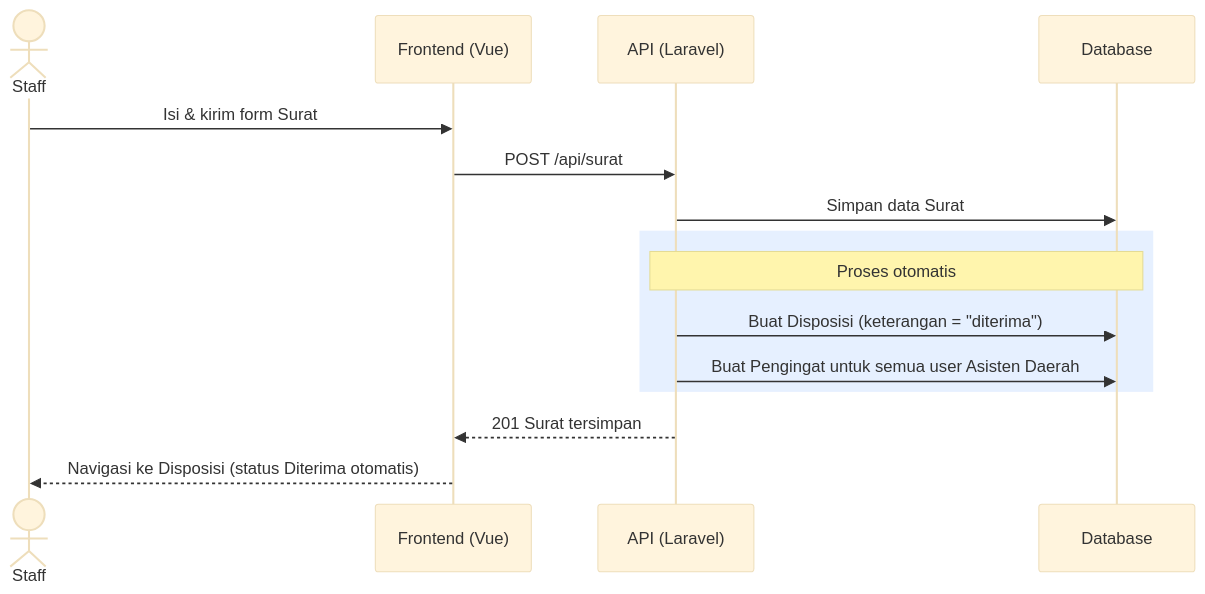
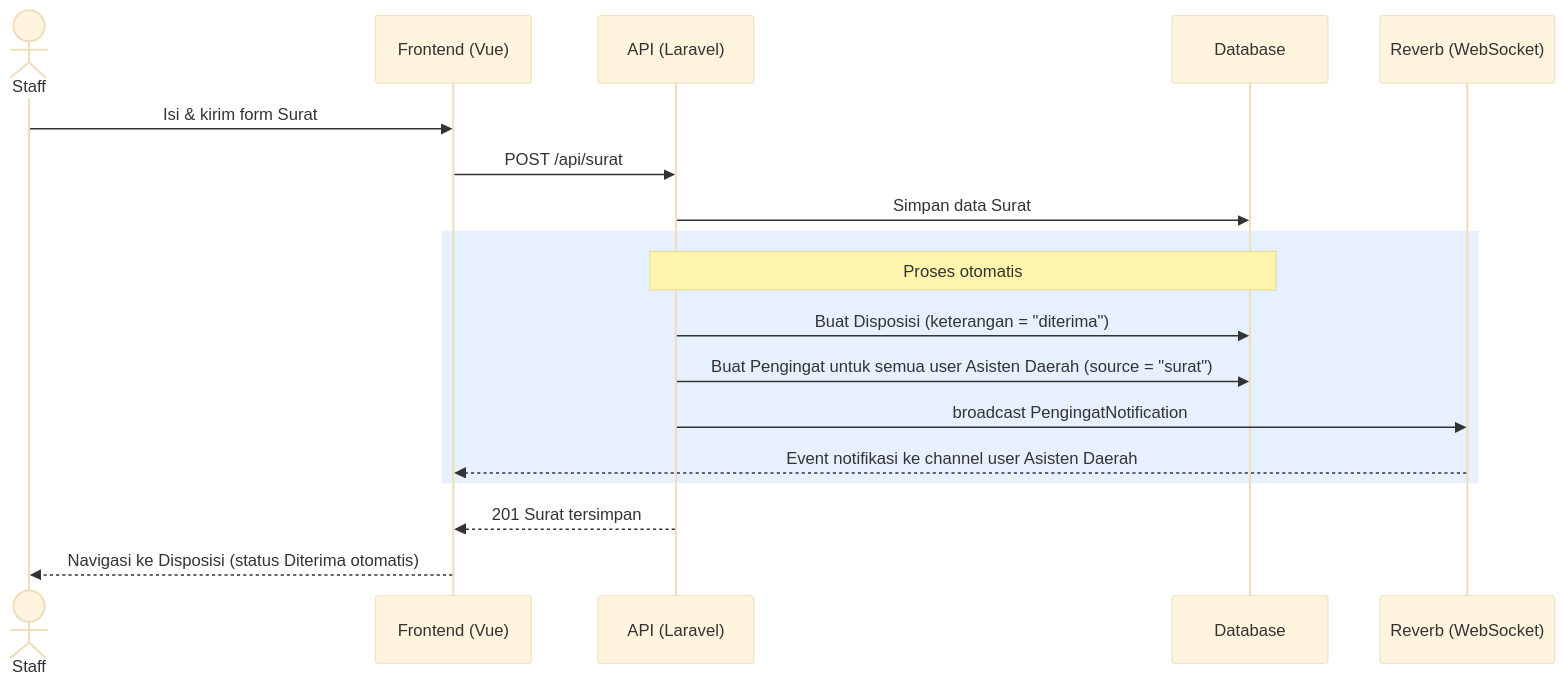
The fifth of 16 diagrams in laravel-vue-mvc/docs/UML_Documentation.md (cisnatinnov/SI_Pengelolaan_Data_Agenda), drawn with Mermaid (base theme) before and after one commit. The commit also changed other lines of this file and 37 other files, not shown here.

````diff
--- a/laravel-vue-mvc/docs/UML_Documentation.md
+++ b/laravel-vue-mvc/docs/UML_Documentation.md
@@ -204,20 +215,23 @@
 ```mermaid
 sequenceDiagram
     actor Staff
     participant UI as Frontend (Vue)
     participant API as API (Laravel)
     participant DB as Database
+    participant WS as Reverb (WebSocket)
 
     Staff->>UI: Isi & kirim form Surat
     UI->>API: POST /api/surat
     API->>DB: Simpan data Surat
 
     rect rgb(230, 240, 255)
         Note over API,DB: Proses otomatis
         API->>DB: Buat Disposisi (keterangan = "diterima")
-        API->>DB: Buat Pengingat untuk semua user Asisten Daerah
+        API->>DB: Buat Pengingat untuk semua user Asisten Daerah (source = "surat")
+        API->>WS: broadcast PengingatNotification
+        WS-->>UI: Event notifikasi ke channel user Asisten Daerah
     end
 
     API-->>UI: 201 Surat tersimpan
     UI-->>Staff: Navigasi ke Disposisi (status Diterima otomatis)
 ```
````
